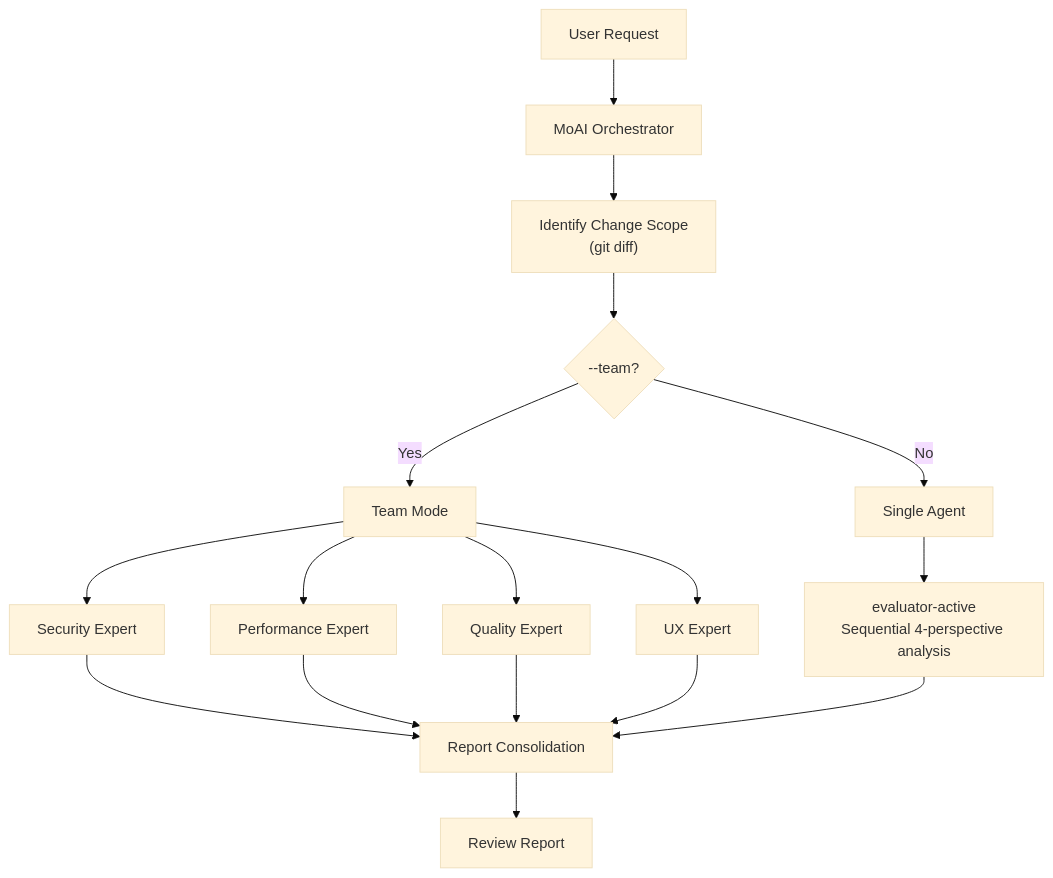
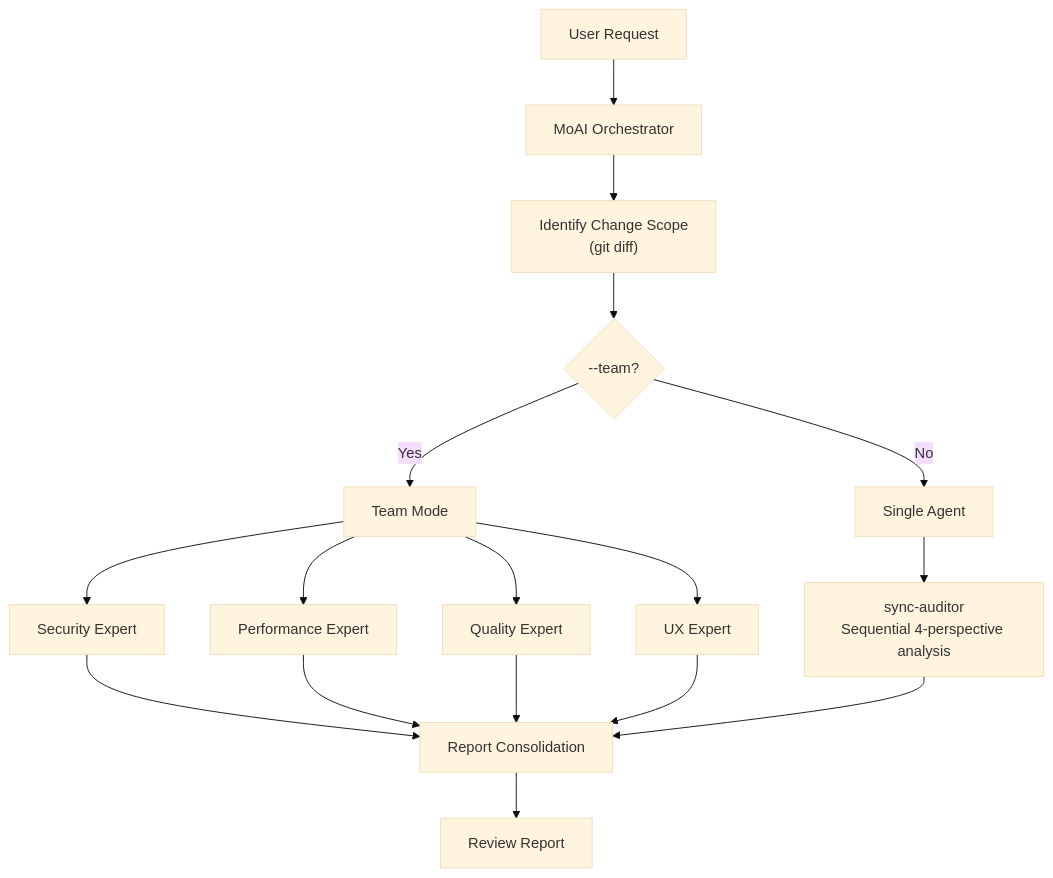
The second of 2 diagrams in docs-site/content/en/quality-commands/moai-review.md (modu-ai/moai-adk), drawn with Mermaid (base theme) before and after one commit. The commit also changed other lines of this file and 149 other files, not shown here.

First line of the commit message:
chore(agents): evaluator-active를 sync-auditor로 rename (plan-auditor phase 대칭)

````diff
--- a/docs-site/content/en/quality-commands/moai-review.md
+++ b/docs-site/content/en/quality-commands/moai-review.md
@@ -223,24 +223,24 @@
 ```mermaid
 flowchart TD
     User["User Request"] --> MoAI["MoAI Orchestrator"]
     MoAI --> Identify["Identify Change Scope<br/>(git diff)"]
     Identify --> Agent{"--team?"}
 
     Agent -->|Yes| Team["Team Mode"]
     Agent -->|No| Single["Single Agent"]
 
     Team --> R1["Security Expert"]
     Team --> R2["Performance Expert"]
     Team --> R3["Quality Expert"]
     Team --> R4["UX Expert"]
 
-    Single --> Quality["evaluator-active<br/>Sequential 4-perspective analysis"]
+    Single --> Quality["sync-auditor<br/>Sequential 4-perspective analysis"]
 
     R1 --> Consolidate["Report Consolidation"]
     R2 --> Consolidate
     R3 --> Consolidate
     R4 --> Consolidate
     Quality --> Consolidate
 
     Consolidate --> Report["Review Report"]
 ```
````
